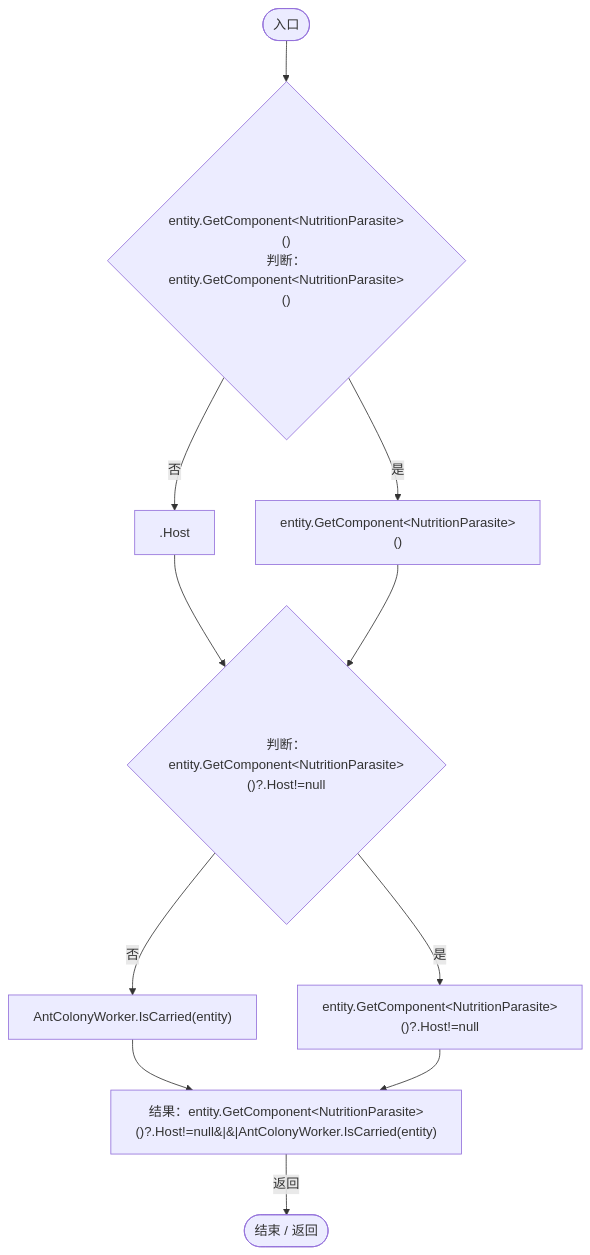
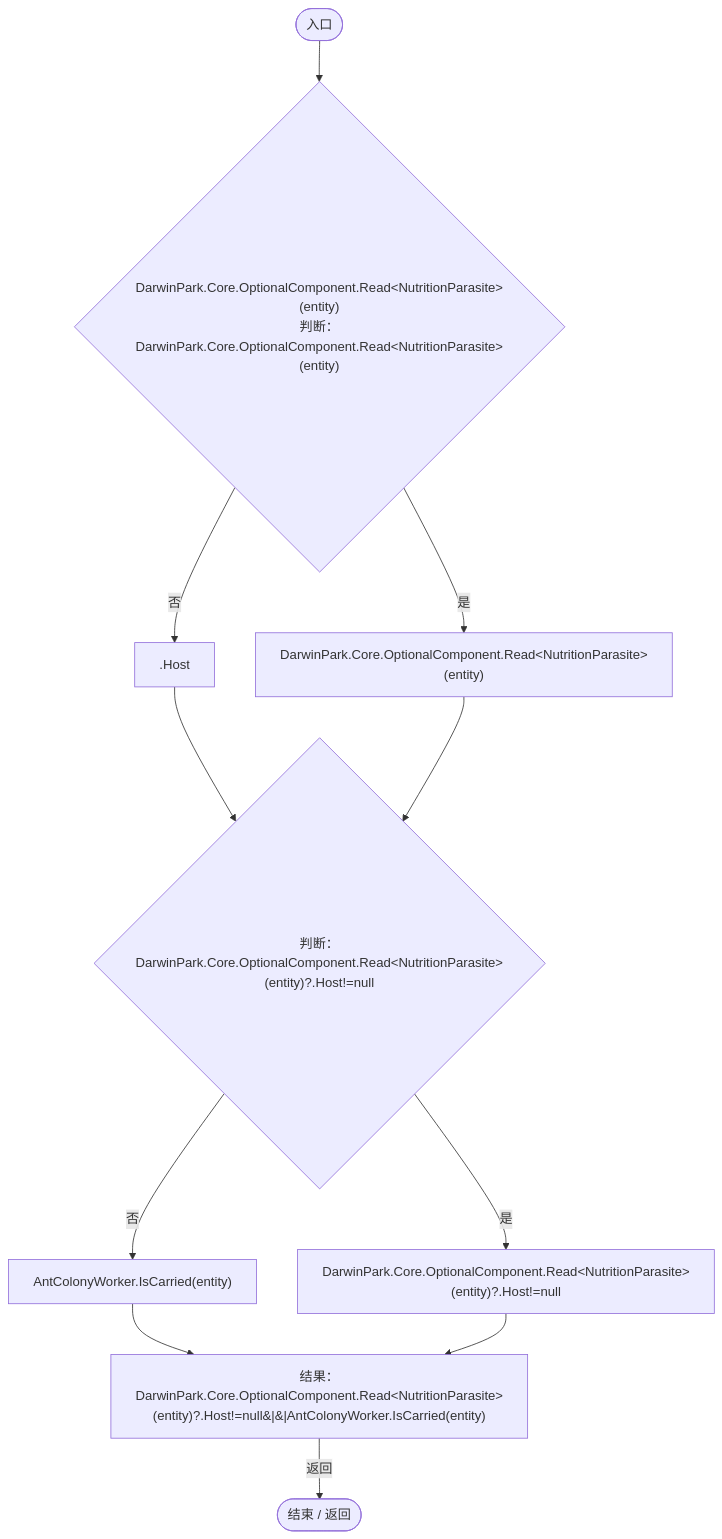
One commit to xhs6666/Darwin_paradise changed the tenth of 12 diagrams in Docs/运行流程图/脚本/c65dce2d54e43480.md. Above: the diagram before and after it, drawn with Mermaid. The commit also changed other lines of this file and 297 other files, not shown here.

````diff
--- a/Docs/运行流程图/脚本/c65dce2d54e43480.md
+++ b/Docs/运行流程图/脚本/c65dce2d54e43480.md
@@ -410,23 +411,23 @@
 ```mermaid
 flowchart TD
   b0(["入口"])
-  b1{"entity.GetComponent&lt;NutritionParasite&gt;()<br/>判断：entity.GetComponent&lt;NutritionParasite&gt;()"}
+  b1{"DarwinPark.Core.OptionalComponent.Read&lt;NutritionParasite&gt;(entity)<br/>判断：DarwinPark.Core.OptionalComponent.Read&lt;NutritionParasite&gt;(entity)"}
   b2[".Host"]
-  b3["entity.GetComponent&lt;NutritionParasite&gt;()"]
-  b4{"判断：entity.GetComponent&lt;NutritionParasite&gt;()?.Host!=null"}
+  b3["DarwinPark.Core.OptionalComponent.Read&lt;NutritionParasite&gt;(entity)"]
+  b4{"判断：DarwinPark.Core.OptionalComponent.Read&lt;NutritionParasite&gt;(entity)?.Host!=null"}
   b5["AntColonyWorker.IsCarried(entity)"]
-  b6["entity.GetComponent&lt;NutritionParasite&gt;()?.Host!=null"]
-  b7["结果：entity.GetComponent&lt;NutritionParasite&gt;()?.Host!=null&#124;&#124;AntColonyWorker.IsCarried(entity)"]
+  b6["DarwinPark.Core.OptionalComponent.Read&lt;NutritionParasite&gt;(entity)?.Host!=null"]
+  b7["结果：DarwinPark.Core.OptionalComponent.Read&lt;NutritionParasite&gt;(entity)?.Host!=null&#124;&#124;AntColonyWorker.IsCarried(entity)"]
   b8(["结束 / 返回"])
   b0 --> b1
   b1 -->|"否"| b2
   b1 -->|"是"| b3
   b2 --> b4
   b3 --> b4
   b4 -->|"否"| b5
   b4 -->|"是"| b6
   b5 --> b7
   b6 --> b7
   b7 -->|"返回"| b8
 
 ```
````
